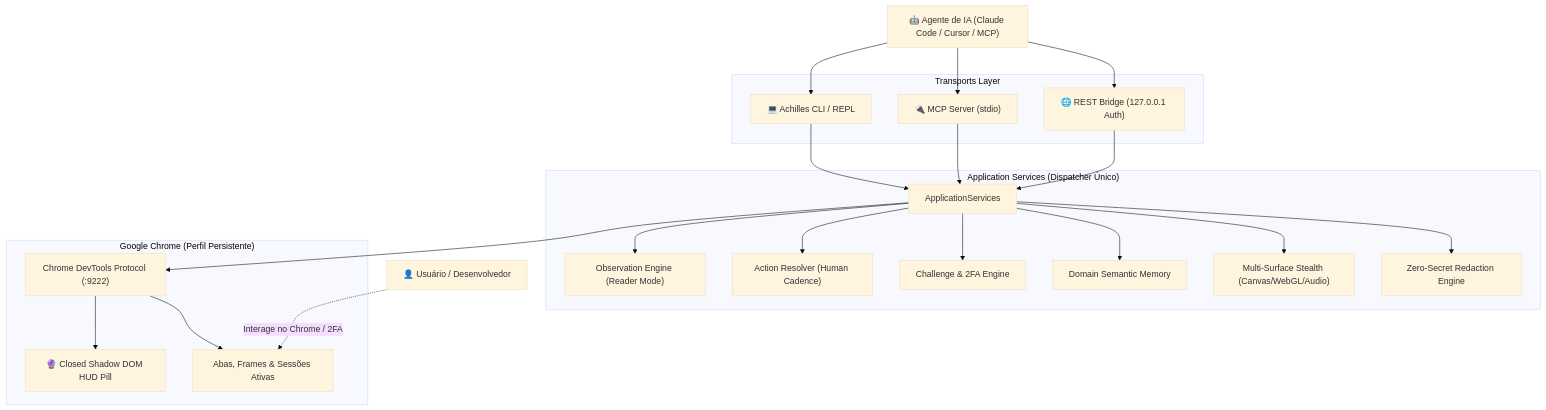
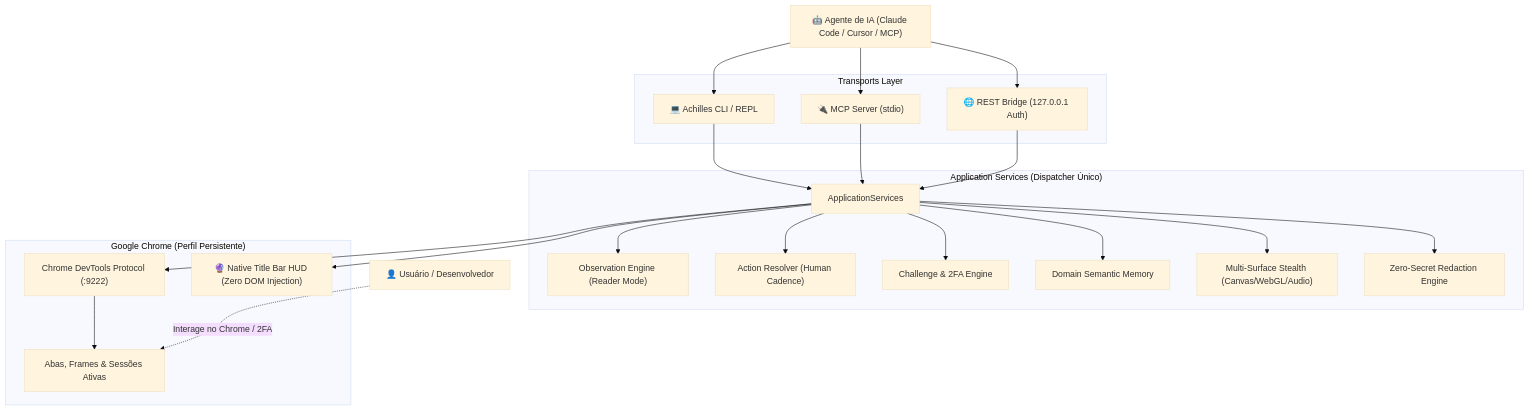
The diagram in README.md (PedroReoli/Achilles-CDP-Agent), drawn with Mermaid (base theme) before and after one commit. The commit also changed other lines of this file and 13 other files, not shown here.

Commit message:
feat(stealth): implement native title bar hud, zero-flag cdp stealth, cli actions, and open source readiness

````diff
--- a/README.md
+++ b/README.md
@@ -78,44 +79,44 @@
 ```mermaid
 graph TD
     User["👤 Usuário / Desenvolvedor"]
     AI["🤖 Agente de IA (Claude Code / Cursor / MCP)"]
 
     subgraph Transportes ["Transports Layer"]
         CLI["💻 Achilles CLI / REPL"]
         MCP["🔌 MCP Server (stdio)"]
         REST["🌐 REST Bridge (127.0.0.1 Auth)"]
     end
 
     subgraph ApplicationCore ["Application Services (Dispatcher Único)"]
         AppSvc["ApplicationServices"]
         Obs["Observation Engine (Reader Mode)"]
         Act["Action Resolver (Human Cadence)"]
         Chal["Challenge & 2FA Engine"]
         Mem["Domain Semantic Memory"]
         Stealth["Multi-Surface Stealth (Canvas/WebGL/Audio)"]
         Redact["Zero-Secret Redaction Engine"]
     end
 
     subgraph ChromeRuntime ["Google Chrome (Perfil Persistente)"]
         CDP["Chrome DevTools Protocol (:9222)"]
-        HUD["🔮 Closed Shadow DOM HUD Pill"]
+        HUD["🔮 Native Title Bar HUD (Zero DOM Injection)"]
         Pages["Abas, Frames & Sessões Ativas"]
     end
 
     AI --> CLI
     AI --> MCP
     AI --> REST
     CLI --> AppSvc
     MCP --> AppSvc
     REST --> AppSvc
     AppSvc --> Obs
     AppSvc --> Act
     AppSvc --> Chal
     AppSvc --> Mem
     AppSvc --> Stealth
     AppSvc --> Redact
     AppSvc --> CDP
-    CDP --> HUD
+    AppSvc --> HUD
     CDP --> Pages
     User -.->|Interage no Chrome / 2FA| Pages
 ```
````
